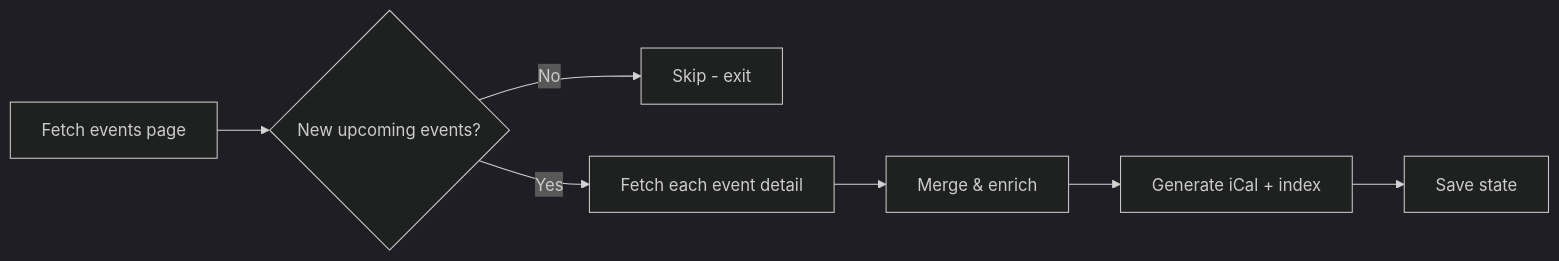
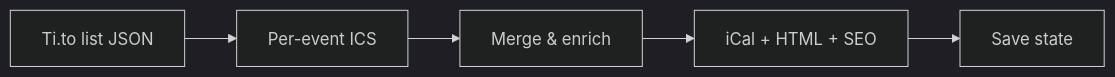
Before and after one commit to evenwebb/tesla-owners-club-uk-events-calendar: the diagram in README.md, drawn with Mermaid (dark theme). The commit also changed other lines of this file and 13 other files, not shown here.

````diff
--- a/README.md
+++ b/README.md
@@ -157,9 +159,7 @@
 ```mermaid
 flowchart LR
-    A[Fetch events page] --> B{New upcoming events?}
-    B -->|No| C[Skip - exit]
-    B -->|Yes| D[Fetch each event detail]
-    D --> E[Merge & enrich]
-    E --> F[Generate iCal + index]
-    F --> G[Save state]
+    A[Ti.to list JSON] --> B[Per-event ICS]
+    B --> C[Merge & enrich]
+    C --> D[iCal + HTML + SEO]
+    D --> E[Save state]
 ```
````
